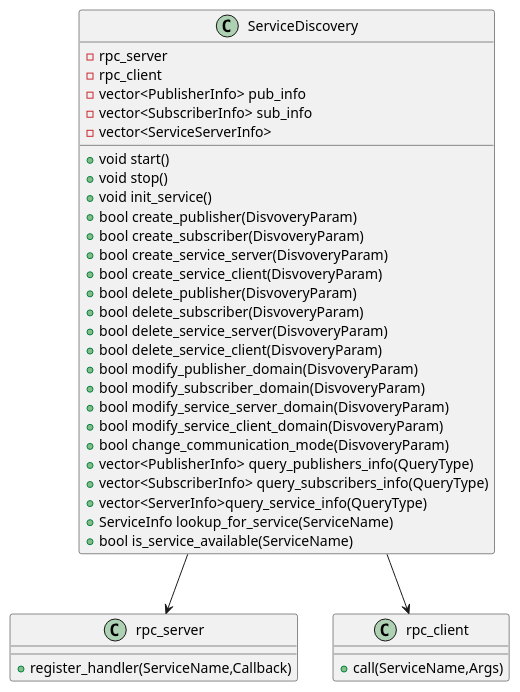
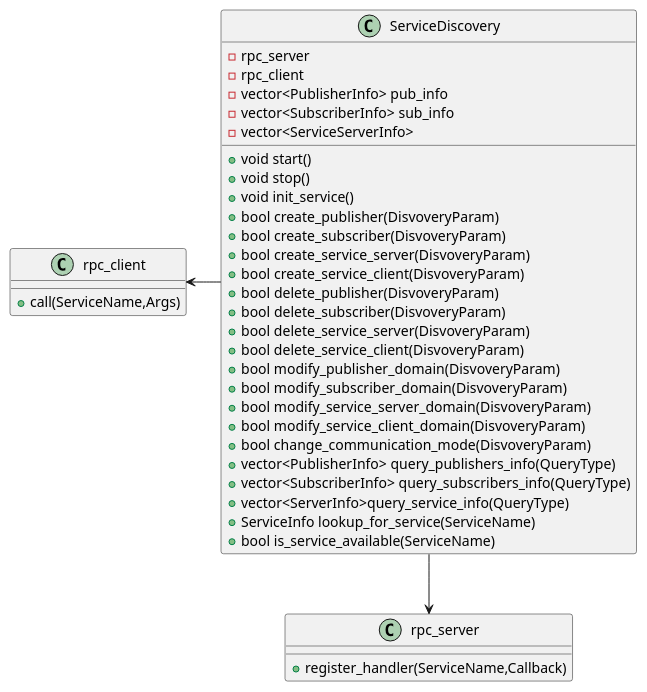
The diagram in uml/service_discovery.wsd (woshigerunze/new_paper), drawn with PlantUML before and after one commit. The commit also changed 20 other files, not shown here.

```diff
--- a/uml/service_discovery.wsd
+++ b/uml/service_discovery.wsd
@@ -1,41 +1,41 @@
 @startuml
 class ServiceDiscovery{
     +void start()
     +void stop()
     +void init_service()
     +bool create_publisher(DisvoveryParam)
     +bool create_subscriber(DisvoveryParam)
     +bool create_service_server(DisvoveryParam)
     +bool create_service_client(DisvoveryParam)
     +bool delete_publisher(DisvoveryParam)
     +bool delete_subscriber(DisvoveryParam)
     +bool delete_service_server(DisvoveryParam)
     +bool delete_service_client(DisvoveryParam)
     +bool modify_publisher_domain(DisvoveryParam)
     +bool modify_subscriber_domain(DisvoveryParam)
     +bool modify_service_server_domain(DisvoveryParam)
     +bool modify_service_client_domain(DisvoveryParam)
     +bool change_communication_mode(DisvoveryParam)
     +vector<PublisherInfo> query_publishers_info(QueryType)
     +vector<SubscriberInfo> query_subscribers_info(QueryType)
     +vector<ServerInfo>query_service_info(QueryType)
     +ServiceInfo lookup_for_service(ServiceName)
     +bool is_service_available(ServiceName)
     - rpc_server
     - rpc_client
     - vector<PublisherInfo> pub_info
     - vector<SubscriberInfo> sub_info
     - vector<ServiceServerInfo> 
 }
 
 class rpc_server{
     + register_handler(ServiceName,Callback)
 }
 
 class rpc_client{
     + call(ServiceName,Args)
 }
 
-ServiceDiscovery --> rpc_client
+ServiceDiscovery -left-> rpc_client
 ServiceDiscovery --> rpc_server
 @enduml
```
